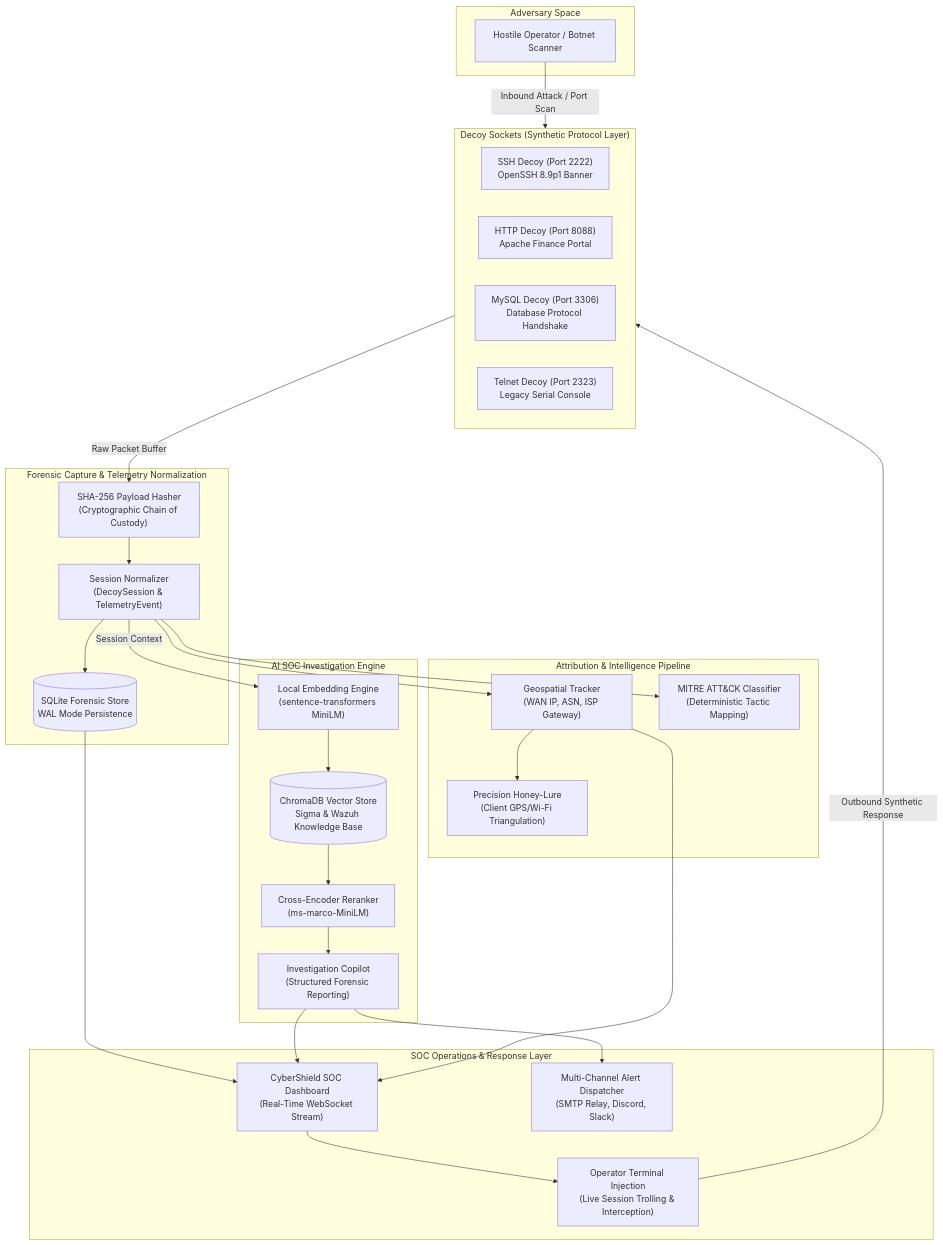
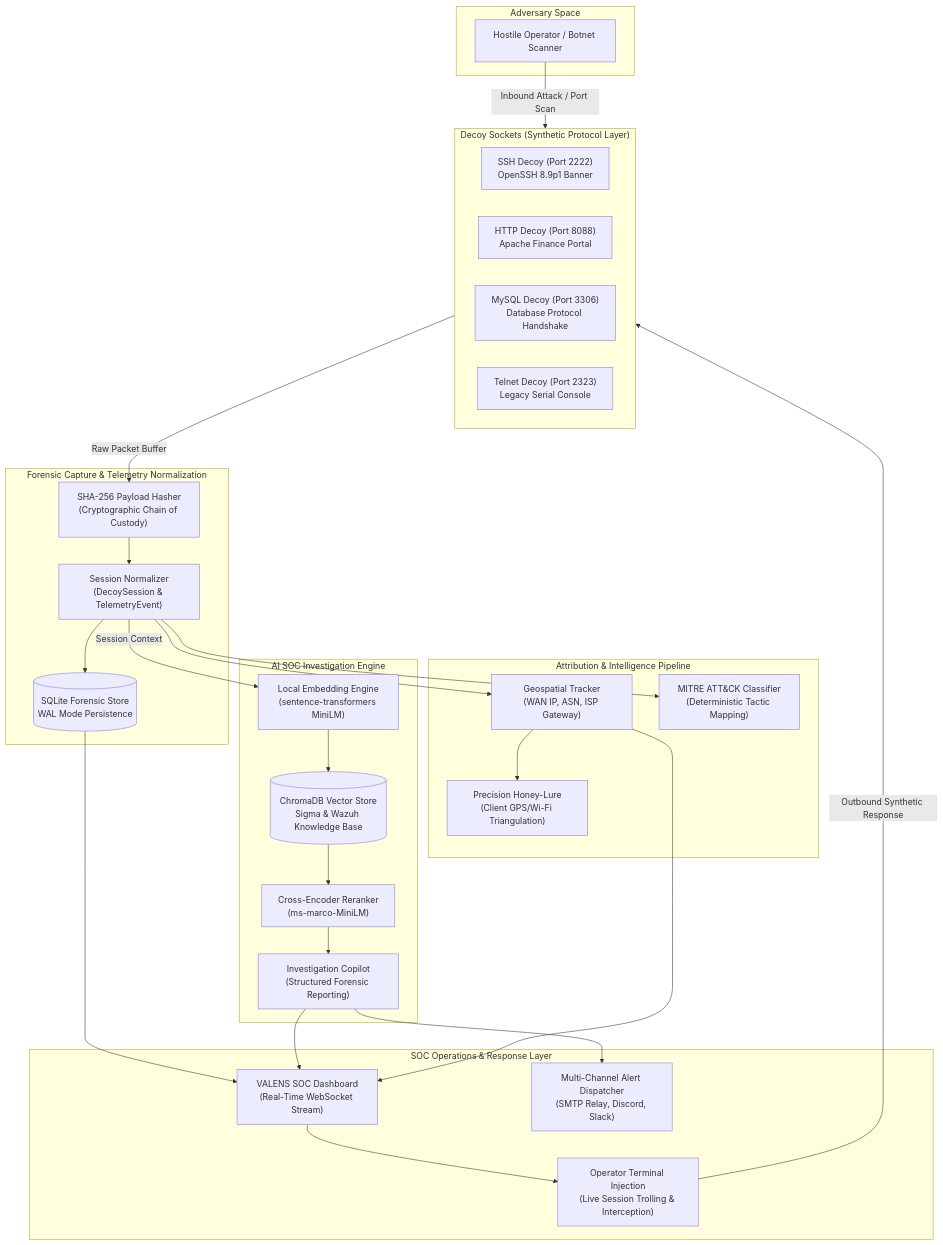
The first of 2 diagrams in README.md (harkirat-data/CyberShield-AI-Hackathon), drawn with Mermaid before and after one commit. The commit also changed other lines of this file and 47 other files, not shown here.

````diff
--- a/README.md
+++ b/README.md
@@ -20,58 +20,58 @@
 ```mermaid
 flowchart TD
     subgraph Adversary ["Adversary Space"]
         ATK["Hostile Operator / Botnet Scanner"]
     end
 
     subgraph DeceptionGrid ["Decoy Sockets (Synthetic Protocol Layer)"]
         P22["SSH Decoy (Port 2222)<br/>OpenSSH 8.9p1 Banner"]
         P80["HTTP Decoy (Port 8088)<br/>Apache Finance Portal"]
         P3306["MySQL Decoy (Port 3306)<br/>Database Protocol Handshake"]
         P23["Telnet Decoy (Port 2323)<br/>Legacy Serial Console"]
     end
 
     subgraph ForensicCore ["Forensic Capture & Telemetry Normalization"]
         SHA["SHA-256 Payload Hasher<br/>(Cryptographic Chain of Custody)"]
         NORM["Session Normalizer<br/>(DecoySession & TelemetryEvent)"]
         SQLITE[("SQLite Forensic Store<br/>WAL Mode Persistence")]
     end
 
     subgraph ThreatIntel ["Attribution & Intelligence Pipeline"]
         GEO["Geospatial Tracker<br/>(WAN IP, ASN, ISP Gateway)"]
         LURE["Precision Honey-Lure<br/>(Client GPS/Wi-Fi Triangulation)"]
         MITRE["MITRE ATT&CK Classifier<br/>(Deterministic Tactic Mapping)"]
     end
 
     subgraph AIRagEngine ["AI SOC Investigation Engine"]
         CHROMA[("ChromaDB Vector Store<br/>Sigma & Wazuh Knowledge Base")]
         EMBED["Local Embedding Engine<br/>(sentence-transformers MiniLM)"]
         RERANK["Cross-Encoder Reranker<br/>(ms-marco-MiniLM)"]
         COPILOT["Investigation Copilot<br/>(Structured Forensic Reporting)"]
     end
 
     subgraph CommandCenter ["SOC Operations & Response Layer"]
-        DASH["CyberShield SOC Dashboard<br/>(Real-Time WebSocket Stream)"]
+        DASH["VALENS SOC Dashboard<br/>(Real-Time WebSocket Stream)"]
         INJECT["Operator Terminal Injection<br/>(Live Session Trolling & Interception)"]
         ALERT["Multi-Channel Alert Dispatcher<br/>(SMTP Relay, Discord, Slack)"]
     end
 
     ATK -->|Inbound Attack / Port Scan| DeceptionGrid
     DeceptionGrid -->|Raw Packet Buffer| SHA
     SHA --> NORM
     NORM --> SQLITE
     NORM --> GEO
     NORM --> MITRE
     GEO --> LURE
     
     NORM -->|Session Context| EMBED
     EMBED --> CHROMA
     CHROMA --> RERANK
     RERANK --> COPILOT
     
     SQLITE --> DASH
     COPILOT --> DASH
     GEO --> DASH
     DASH --> INJECT
     INJECT -->|Outbound Synthetic Response| DeceptionGrid
     COPILOT --> ALERT
 ```
````
